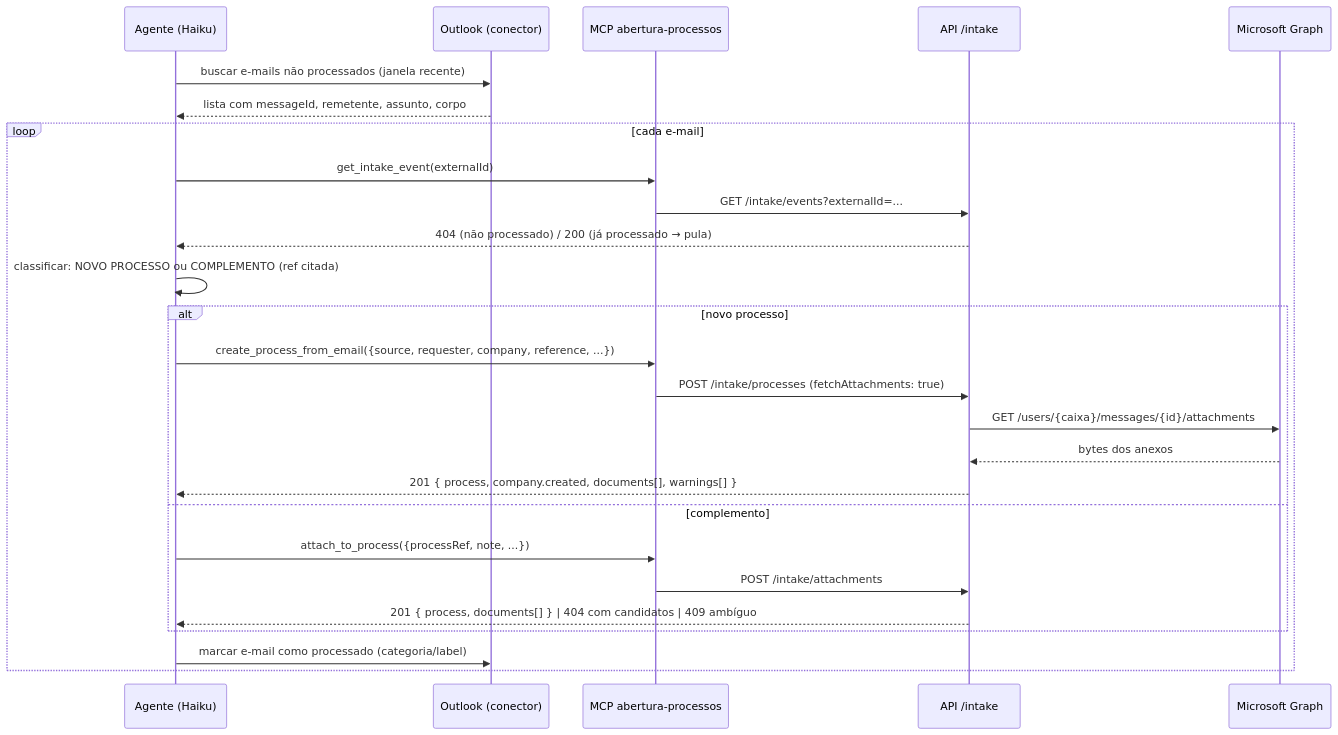
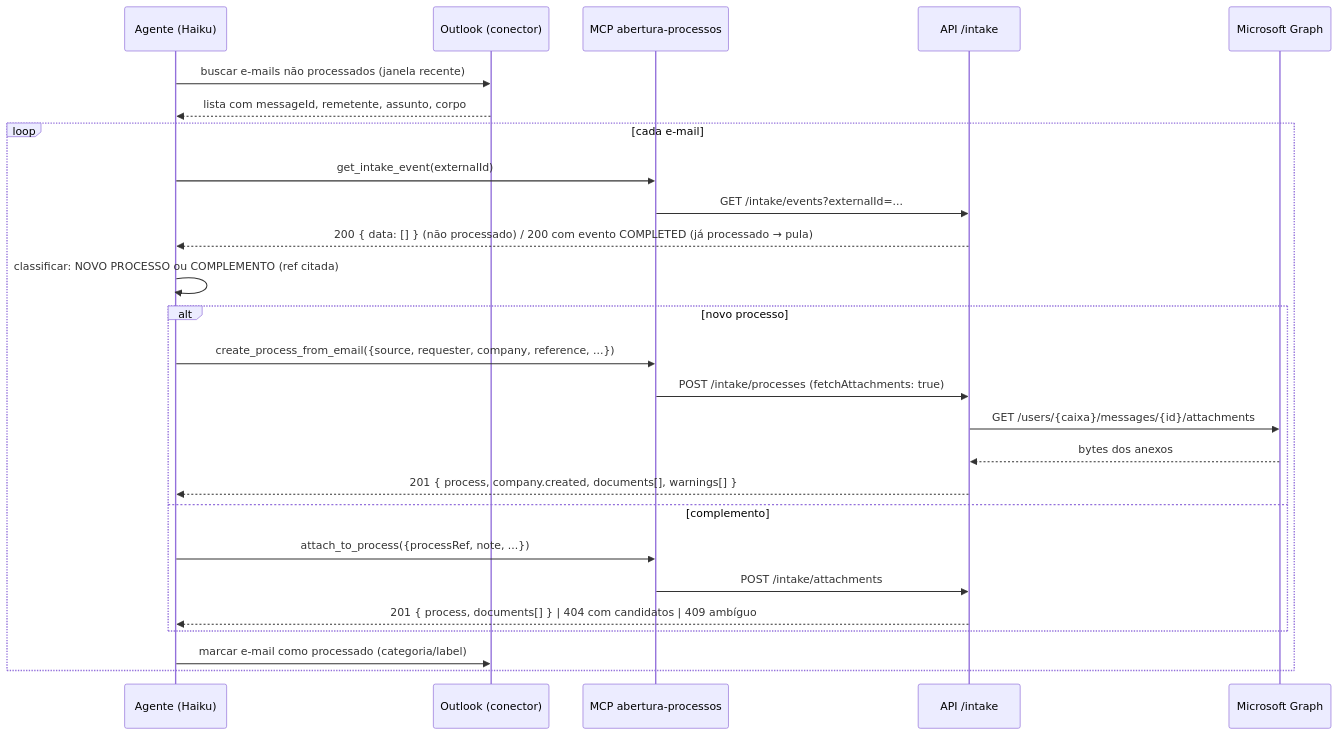
Before and after one commit to lucasFrt/AberturaProcessos: the diagram in docs/13-integracao-ia-email.md, drawn with Mermaid. The commit also changed other lines of this file and 3 other files, not shown here.

````diff
--- a/docs/13-integracao-ia-email.md
+++ b/docs/13-integracao-ia-email.md
@@ -124,29 +124,29 @@
 ```mermaid
 sequenceDiagram
     participant A as Agente (Haiku)
     participant O as Outlook (conector)
     participant M as MCP abertura-processos
     participant API as API /intake
     participant G as Microsoft Graph
 
     A->>O: buscar e-mails não processados (janela recente)
     O-->>A: lista com messageId, remetente, assunto, corpo
     loop cada e-mail
         A->>M: get_intake_event(externalId)
         M->>API: GET /intake/events?externalId=...
-        API-->>A: 404 (não processado) / 200 (já processado → pula)
+        API-->>A: 200 { data: [] } (não processado) / 200 com evento COMPLETED (já processado → pula)
         A->>A: classificar: NOVO PROCESSO ou COMPLEMENTO (ref citada)
         alt novo processo
             A->>M: create_process_from_email({source, requester, company, reference, ...})
             M->>API: POST /intake/processes (fetchAttachments: true)
             API->>G: GET /users/{caixa}/messages/{id}/attachments
             G-->>API: bytes dos anexos
             API-->>A: 201 { process, company.created, documents[], warnings[] }
         else complemento
             A->>M: attach_to_process({processRef, note, ...})
             M->>API: POST /intake/attachments
             API-->>A: 201 { process, documents[] } | 404 com candidatos | 409 ambíguo
         end
         A->>O: marcar e-mail como processado (categoria/label)
     end
 ```
````
